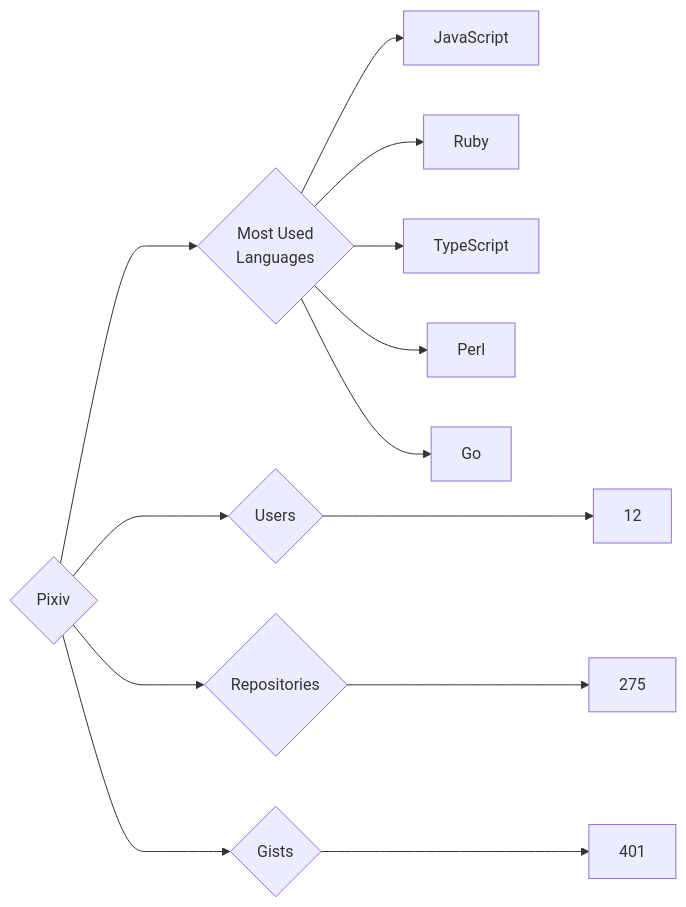
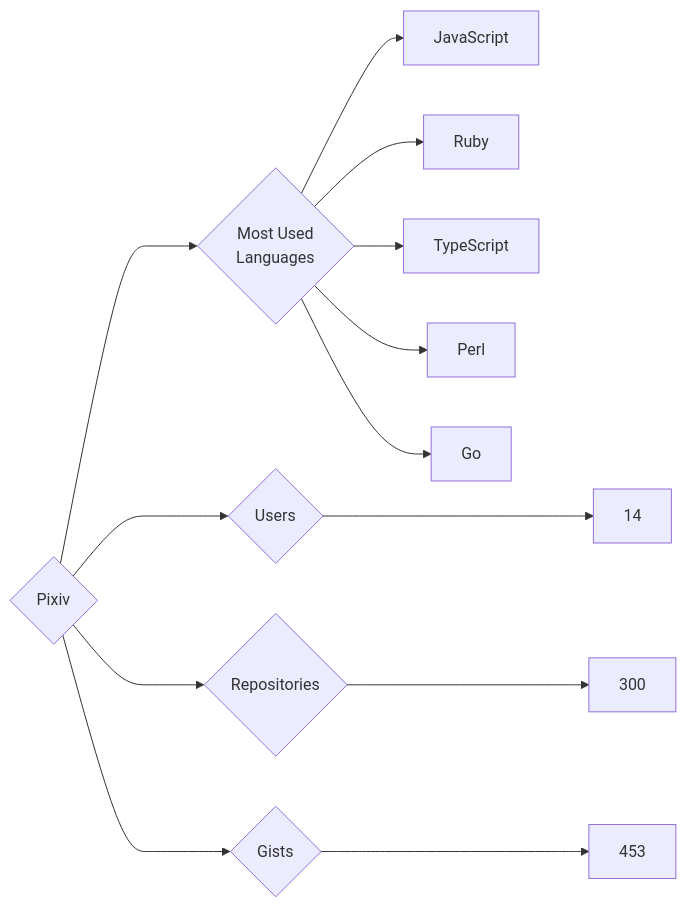
Before and after one commit to trickest/insiders: the diagram in targets/Pixiv/README.md, drawn with Mermaid. The commit also changed 898 other files, not shown here.

````diff
--- a/targets/Pixiv/README.md
+++ b/targets/Pixiv/README.md
@@ -3,13 +3,13 @@
 ```mermaid
 graph LR
 COMPANY_NAME{Pixiv}
-COMPANY_NAME ---> U{Users} ---> UN[12]
-COMPANY_NAME ---> R{Repositories} ---> RN[275]
-COMPANY_NAME ---> G{Gists} ---> GN[401]
+COMPANY_NAME ---> U{Users} ---> UN[14]
+COMPANY_NAME ---> R{Repositories} ---> RN[300]
+COMPANY_NAME ---> G{Gists} ---> GN[453]
 COMPANY_NAME ---> ML{Most Used<br>Languages}
 ML --> JavaScript[JavaScript]
 ML --> Ruby[Ruby]
 ML --> TypeScript[TypeScript]
 ML --> Perl[Perl]
 ML --> Go[Go]
 ```
````
